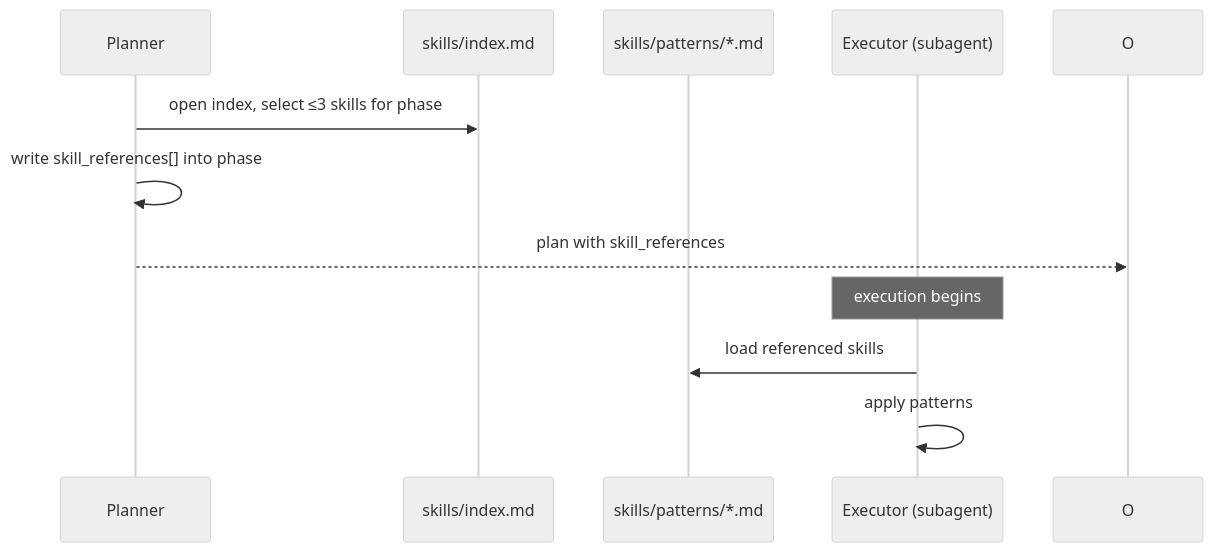
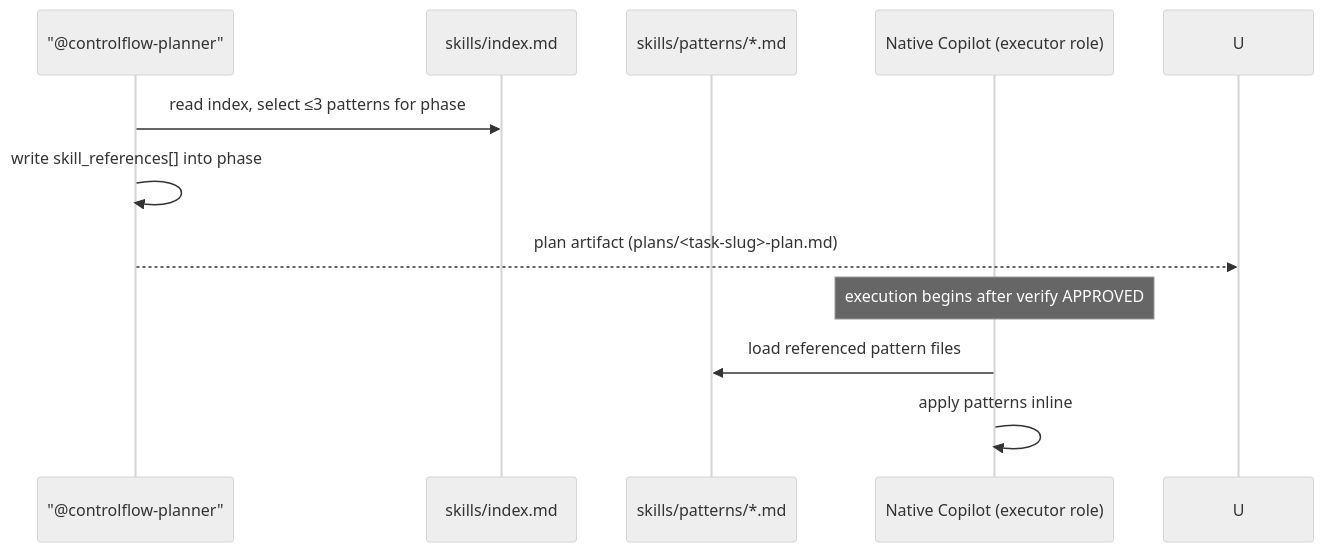
Before and after one commit to Smithbox-ai/ControlFlow: the second of 2 diagrams in docs/tutorial-en/11-skills.md, drawn with Mermaid (neutral theme). The commit also changed other lines of this file and 51 other files, not shown here.

````diff
--- a/docs/tutorial-en/11-skills.md
+++ b/docs/tutorial-en/11-skills.md
@@ -63,14 +115,14 @@
 ```mermaid
 sequenceDiagram
-    participant P as Planner
+    participant P as "@controlflow-planner"
     participant SI as skills/index.md
     participant SC as skills/patterns/*.md
-    participant E as Executor (subagent)
+    participant N as Native Copilot (executor role)
 
-    P->>SI: open index, select ≤3 skills for phase
+    P->>SI: read index, select ≤3 patterns for phase
     P->>P: write skill_references[] into phase
-    P-->>O: plan with skill_references
-    Note over E: execution begins
-    E->>SC: load referenced skills
-    E->>E: apply patterns
+    P-->>U: plan artifact (plans/<task-slug>-plan.md)
+    Note over N: execution begins after verify APPROVED
+    N->>SC: load referenced pattern files
+    N->>N: apply patterns inline
 ```
````
